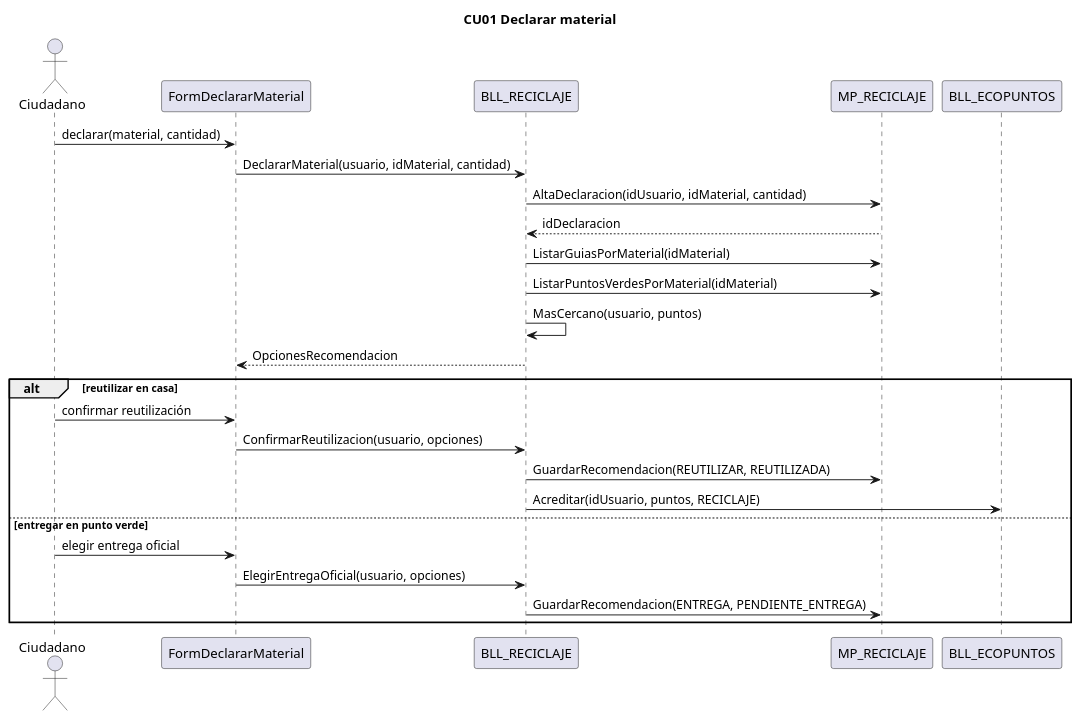
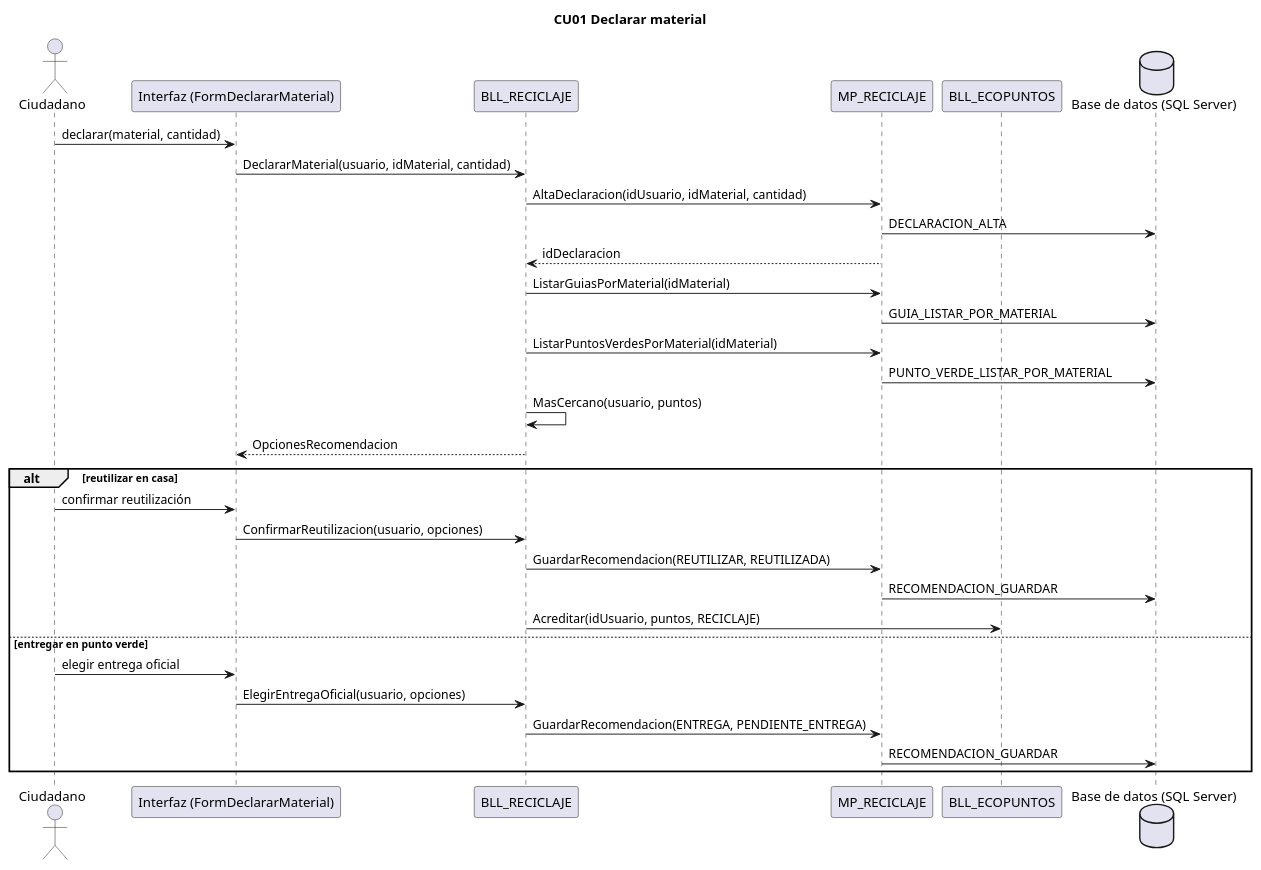
The diagram in docs/diagramas/secuencias/CU01_declarar_material.puml (L-Muniz/uai-diploma_2026), drawn with PlantUML before and after one commit. The commit also changed 36 other files, not shown here.

Commit message:
Docs: secuencias con capa de interfaz y base de datos; imágenes del Word limitadas a la hoja

```diff
--- a/docs/diagramas/secuencias/CU01_declarar_material.puml
+++ b/docs/diagramas/secuencias/CU01_declarar_material.puml
@@ -1,26 +1,32 @@
 @startuml CU01
 title CU01 Declarar material
 actor Ciudadano
-participant "FormDeclararMaterial" as IU
+participant "Interfaz (FormDeclararMaterial)" as IU
 participant "BLL_RECICLAJE" as BLL
 participant "MP_RECICLAJE" as DAL
 participant "BLL_ECOPUNTOS" as EP
+database "Base de datos (SQL Server)" as BD
 Ciudadano -> IU : declarar(material, cantidad)
 IU -> BLL : DeclararMaterial(usuario, idMaterial, cantidad)
 BLL -> DAL : AltaDeclaracion(idUsuario, idMaterial, cantidad)
+DAL -> BD : DECLARACION_ALTA
 DAL --> BLL : idDeclaracion
 BLL -> DAL : ListarGuiasPorMaterial(idMaterial)
+DAL -> BD : GUIA_LISTAR_POR_MATERIAL
 BLL -> DAL : ListarPuntosVerdesPorMaterial(idMaterial)
+DAL -> BD : PUNTO_VERDE_LISTAR_POR_MATERIAL
 BLL -> BLL : MasCercano(usuario, puntos)
 BLL --> IU : OpcionesRecomendacion
 alt reutilizar en casa
   Ciudadano -> IU : confirmar reutilización
   IU -> BLL : ConfirmarReutilizacion(usuario, opciones)
   BLL -> DAL : GuardarRecomendacion(REUTILIZAR, REUTILIZADA)
+DAL -> BD : RECOMENDACION_GUARDAR
   BLL -> EP : Acreditar(idUsuario, puntos, RECICLAJE)
 else entregar en punto verde
   Ciudadano -> IU : elegir entrega oficial
   IU -> BLL : ElegirEntregaOficial(usuario, opciones)
   BLL -> DAL : GuardarRecomendacion(ENTREGA, PENDIENTE_ENTREGA)
+DAL -> BD : RECOMENDACION_GUARDAR
 end
 @enduml
```
